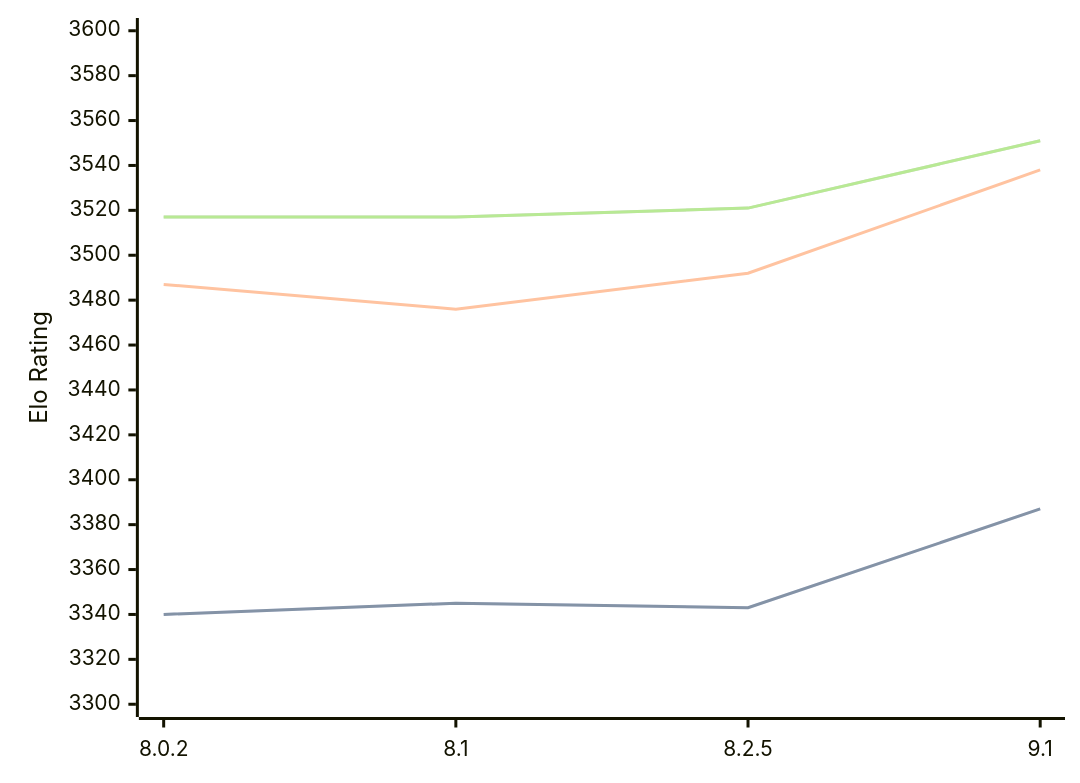
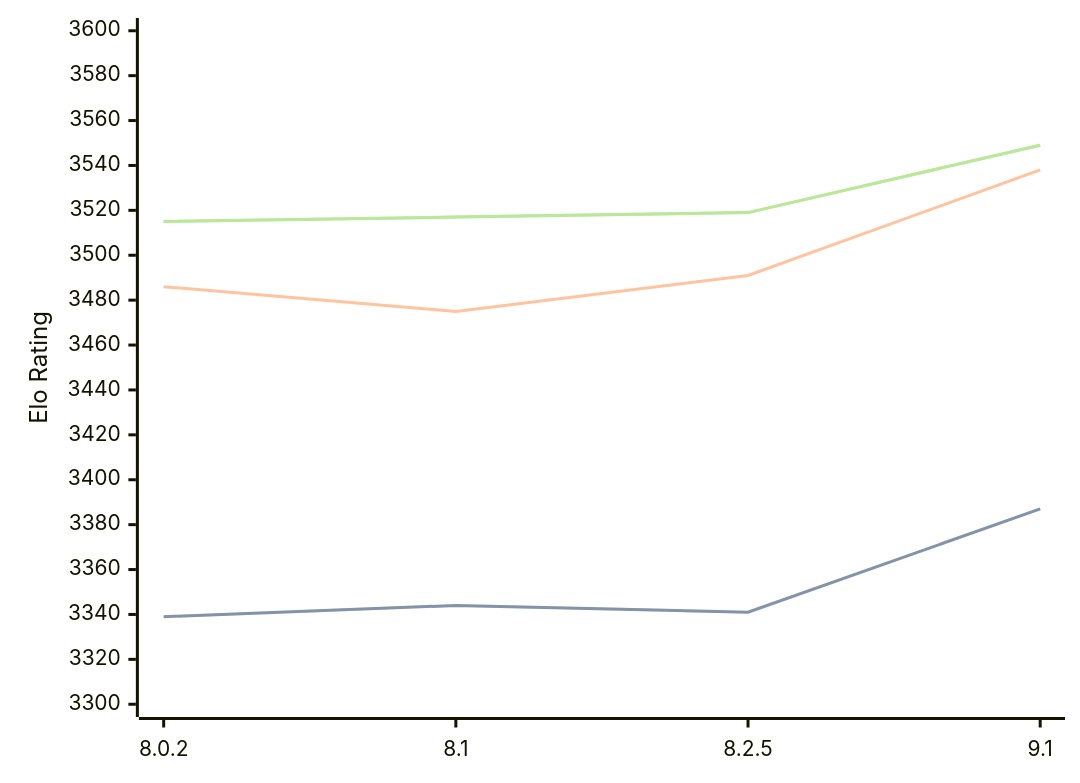
Before and after one commit to computer-chess-index/cci: the diagram in engines/Clover.md, drawn with Mermaid. The commit also changed other lines of this file, not shown here.

Commit message:
Update CCI Ratings (ELO VLTC) - 2026-09-01

````diff
--- a/engines/Clover.md
+++ b/engines/Clover.md
@@ -35,11 +35,11 @@
 ```mermaid
 %%{init: {"theme":"base","themeVariables":{"seriesColors:['#a3a3a3','#222221','#faa371']}}}%%
 xychart-beta
   x-axis ["8.0.2", "8.1", "8.2.5", "9.1"]
   y-axis "Elo Rating" 3300 --> 3600
-  line "" [3340, 3345, 3343, 3387]
-  line "STC (8.0+0.08s)" [3340, 3345, 3343, 3387]
-  line "LTC (60.0+0.60s)" [3487, 3476, 3492, 3538]
-  line "" [3517, 3517, 3521, 3551]
-  line "VLTC (2m24s+1.12s)" [3517, 3517, 3521, 3551]
+  line "" [3339, 3344, 3341, 3387]
+  line "STC (8.0+0.08s)" [3339, 3344, 3341, 3387]
+  line "LTC (60.0+0.60s)" [3486, 3475, 3491, 3538]
+  line "" [3515, 3517, 3519, 3549]
+  line "VLTC (2m24s+1.12s)" [3515, 3517, 3519, 3549]
 ```
````
